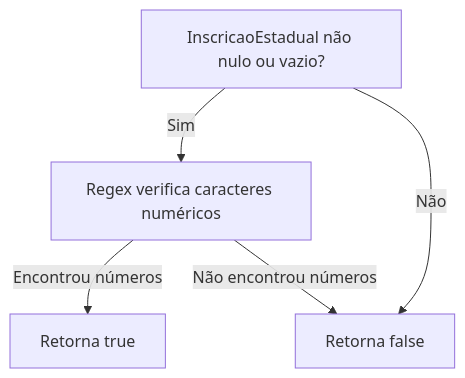
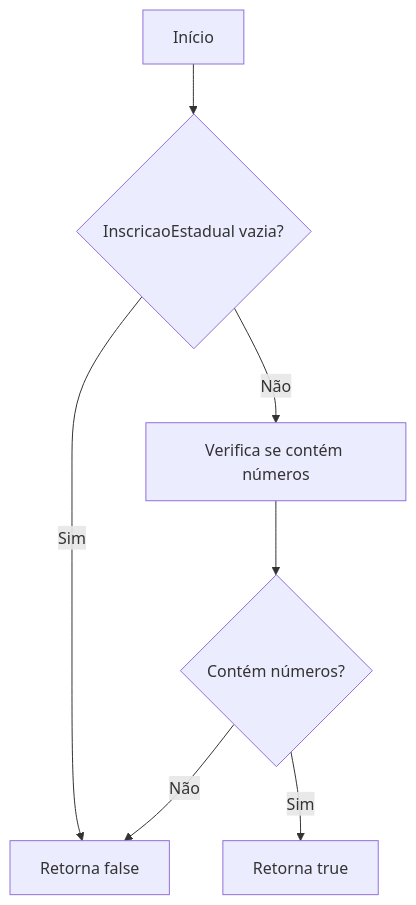
One commit to IsthmusSistemas/documentacao-tecnica changed the first of 2 diagrams in docs/b2b-dominio/IsthmusWinthor.Nucleo/IsthmusWinthor.Dominio/Entidades/Cliente.md. Above: the diagram before and after it, drawn with Mermaid. The commit also changed other lines of this file and 882 other files, not shown here.

````diff
--- a/docs/b2b-dominio/IsthmusWinthor.Nucleo/IsthmusWinthor.Dominio/Entidades/Cliente.md
+++ b/docs/b2b-dominio/IsthmusWinthor.Nucleo/IsthmusWinthor.Dominio/Entidades/Cliente.md
@@ -18,7 +18,9 @@
 ```mermaid
 flowchart TD
-    A[InscricaoEstadual não nulo ou vazio?] -->|Sim| B[Regex verifica caracteres numéricos]
-    A -->|Não| C[Retorna false]
-    B -->|Encontrou números| D[Retorna true]
-    B -->|Não encontrou números| C
+    A[Início] --> B{InscricaoEstadual vazia?}
+    B -- Sim --> C[Retorna false]
+    B -- Não --> D[Verifica se contém números]
+    D --> E{Contém números?}
+    E -- Sim --> F[Retorna true]
+    E -- Não --> C
 ```
````
